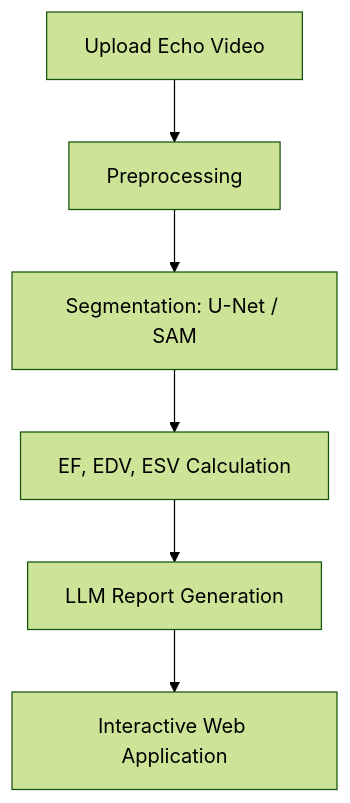
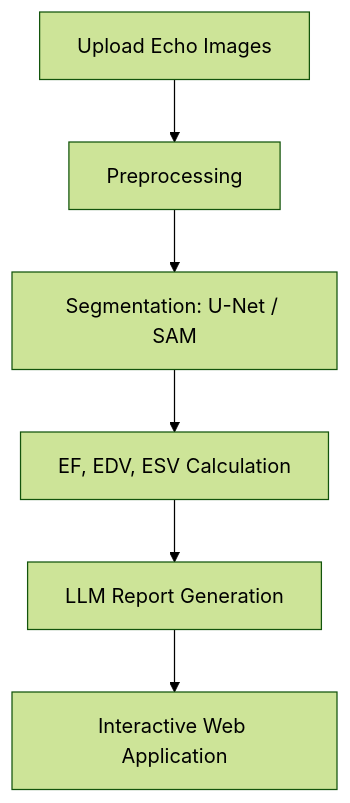
One commit to sarah1ibrahim/End-to-End-Echocardiographic-Analysis-Pipeline changed the diagram in README.md. Above: the diagram before and after it, drawn with Mermaid (forest theme).

````diff
--- a/README.md
+++ b/README.md
@@ -44,8 +44,8 @@
 ```mermaid
 graph TD
-    A[Upload Echo Video] --> B[Preprocessing]
+    A[Upload Echo Images] --> B[Preprocessing]
     B --> C[Segmentation: U-Net / SAM]
     C --> D[EF, EDV, ESV Calculation]
     D --> E[LLM Report Generation]
     E --> F[Interactive Web Application]
 ```
````
